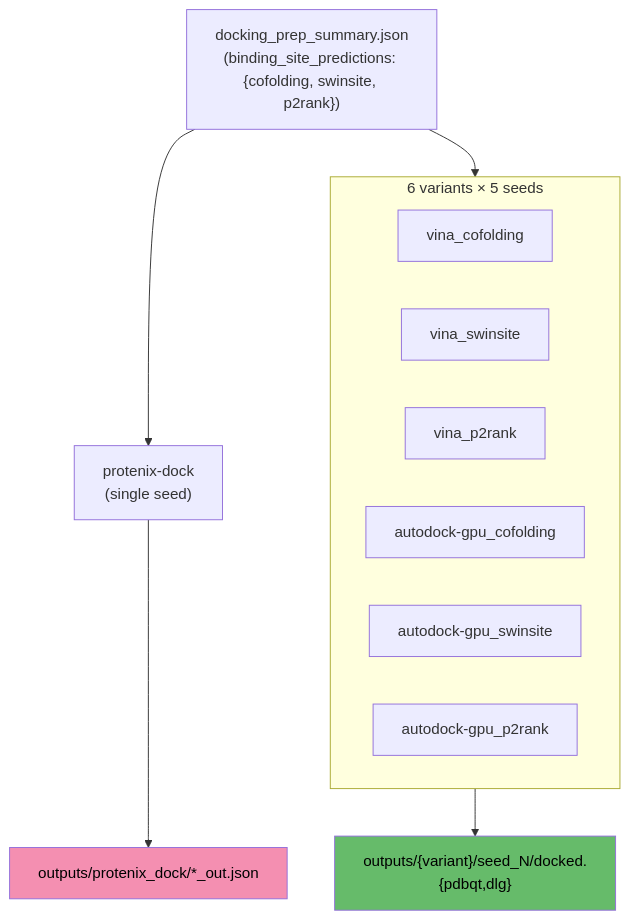
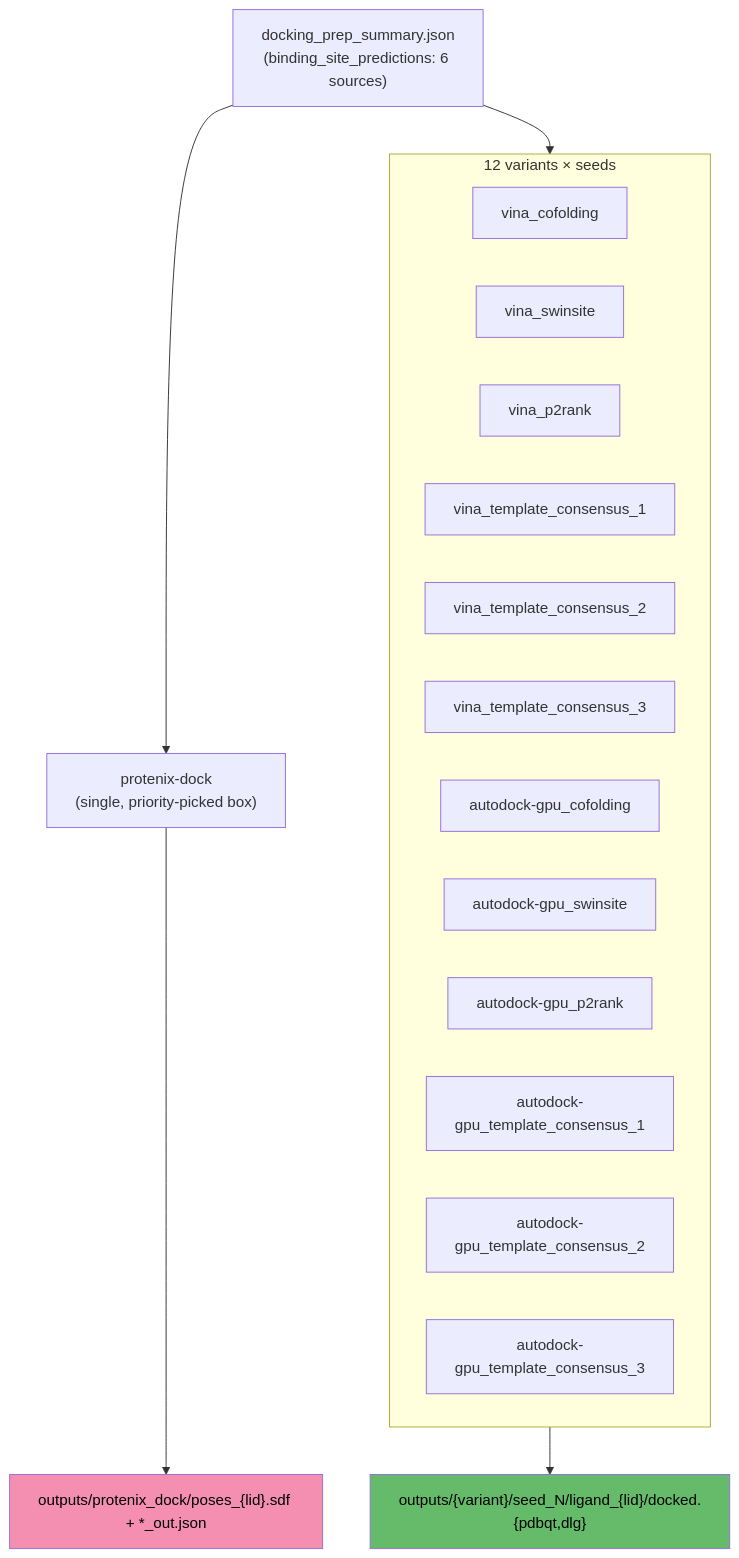
One commit to eightmm/mosaic-pl changed diagram 15 of 25 in docs/pipeline.md. Above: the diagram before and after it, drawn with Mermaid. The commit also changed other lines of this file and 3 other files, not shown here.

First line of the commit message:
docs: refresh pipeline + README for union template search and consensus pockets

````diff
--- a/docs/pipeline.md
+++ b/docs/pipeline.md
@@ -380,23 +421,29 @@
 ```mermaid
 flowchart TB
-    PREP["docking_prep_summary.json\n(binding_site_predictions: {cofolding, swinsite, p2rank})"]
+    PREP["docking_prep_summary.json\n(binding_site_predictions: 6 sources)"]
 
-    subgraph VARIANTS["6 variants × 5 seeds"]
+    subgraph VARIANTS["12 variants × seeds"]
         direction LR
         V_CF["vina_cofolding"]
         V_SW["vina_swinsite"]
         V_P2["vina_p2rank"]
+        V_TC1["vina_template_consensus_1"]
+        V_TC2["vina_template_consensus_2"]
+        V_TC3["vina_template_consensus_3"]
         A_CF["autodock-gpu_cofolding"]
         A_SW["autodock-gpu_swinsite"]
         A_P2["autodock-gpu_p2rank"]
+        A_TC1["autodock-gpu_template_consensus_1"]
+        A_TC2["autodock-gpu_template_consensus_2"]
+        A_TC3["autodock-gpu_template_consensus_3"]
     end
 
     PREP --> VARIANTS
-    PREP --> PXD["protenix-dock\n(single seed)"]
+    PREP --> PXD["protenix-dock\n(single, priority-picked box)"]
 
-    VARIANTS --> OUT1["outputs/{variant}/seed_N/docked.{pdbqt,dlg}"]
-    PXD --> OUT2["outputs/protenix_dock/*_out.json"]
+    VARIANTS --> OUT1["outputs/{variant}/seed_N/ligand_{lid}/docked.{pdbqt,dlg}"]
+    PXD --> OUT2["outputs/protenix_dock/poses_{lid}.sdf + *_out.json"]
 
     style OUT1 fill:#66bb6a,color:#000
     style OUT2 fill:#f48fb1,color:#000
 ```
````
